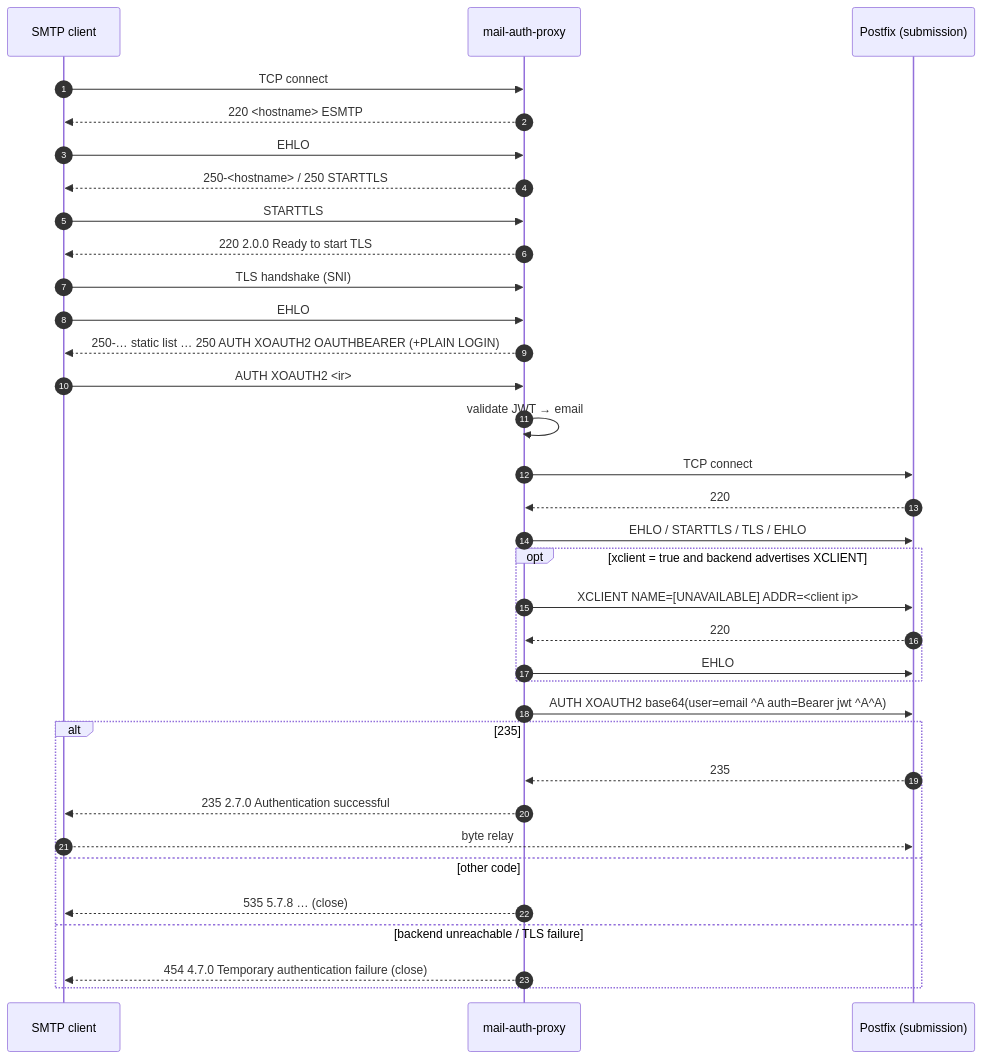
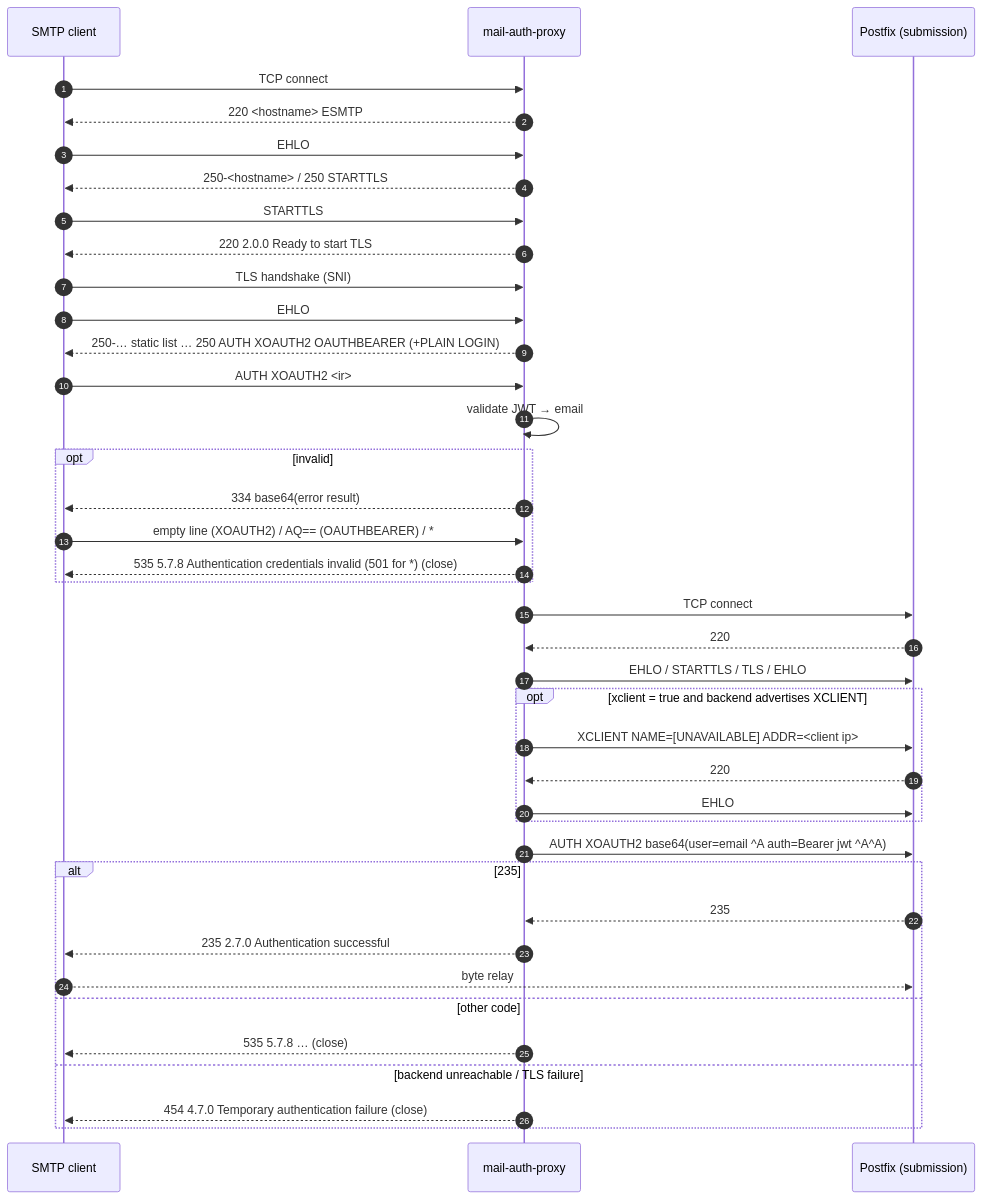
Before and after one commit to NK-IT-CLOUD/mail-auth-proxy: the second of 3 diagrams in docs/protocols.md, drawn with Mermaid. The commit also changed other lines of this file and 17 other files, not shown here.

First line of the commit message:
feat(auth): answer a rejected token with the RFC 7628 error result

````diff
--- a/docs/protocols.md
+++ b/docs/protocols.md
@@ -179,36 +181,41 @@
 ```mermaid
 sequenceDiagram
     autonumber
     participant C as SMTP client
     participant P as mail-auth-proxy
     participant B as Postfix (submission)
     C->>P: TCP connect
     P-->>C: 220 <hostname> ESMTP
     C->>P: EHLO
     P-->>C: 250-<hostname> / 250 STARTTLS
     C->>P: STARTTLS
     P-->>C: 220 2.0.0 Ready to start TLS
     C->>P: TLS handshake (SNI)
     C->>P: EHLO
     P-->>C: 250-… static list … 250 AUTH XOAUTH2 OAUTHBEARER (+PLAIN LOGIN)
     C->>P: AUTH XOAUTH2 <ir>
     P->>P: validate JWT → email
+    opt invalid
+        P-->>C: 334 base64(error result)
+        C->>P: empty line (XOAUTH2) / AQ== (OAUTHBEARER) / *
+        P-->>C: 535 5.7.8 Authentication credentials invalid (501 for *) (close)
+    end
     P->>B: TCP connect
     B-->>P: 220
     P->>B: EHLO / STARTTLS / TLS / EHLO
     opt xclient = true and backend advertises XCLIENT
         P->>B: XCLIENT NAME=[UNAVAILABLE] ADDR=<client ip>
         B-->>P: 220
         P->>B: EHLO
     end
     P->>B: AUTH XOAUTH2 base64(user=email ^A auth=Bearer jwt ^A^A)
     alt 235
         B-->>P: 235
         P-->>C: 235 2.7.0 Authentication successful
         C-->>B: byte relay
     else other code
         P-->>C: 535 5.7.8 … (close)
     else backend unreachable / TLS failure
         P-->>C: 454 4.7.0 Temporary authentication failure (close)
     end
 ```
````
